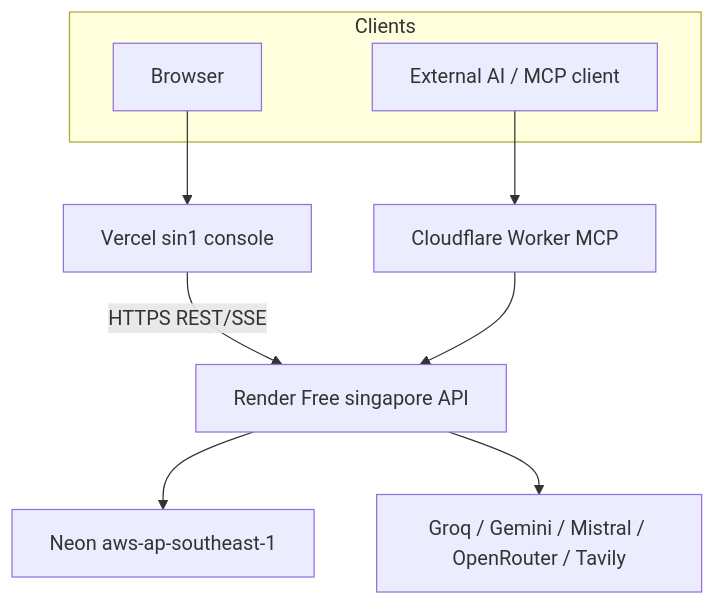
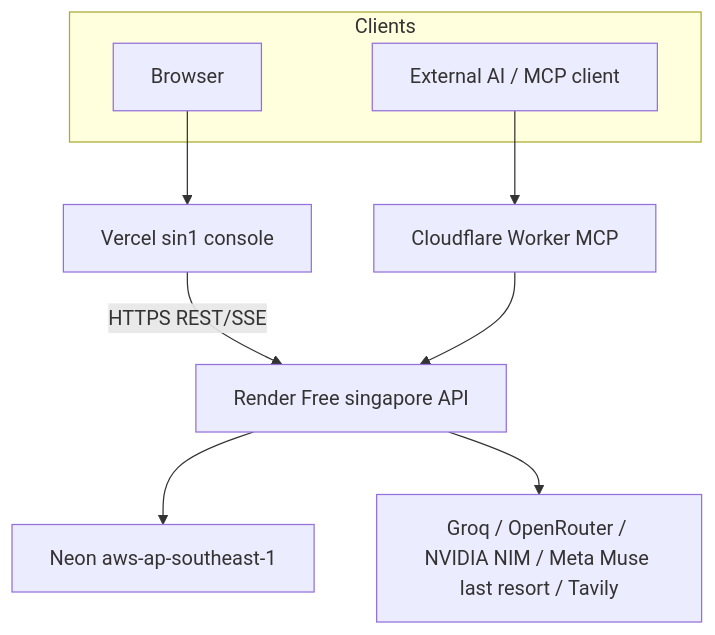
The fourth of 4 diagrams in docs/engineering-story/README.md (sumitjadhav1703/Multi_agent_research_system), drawn with Mermaid before and after one commit. The commit also changed 22 other files, not shown here.

First line of the commit message:
Drop Gemini and Mistral; route roles across Groq, OpenRouter, NVIDIA NIM.

````diff
--- a/docs/engineering-story/README.md
+++ b/docs/engineering-story/README.md
@@ -153,13 +153,13 @@
 ```mermaid
 flowchart TB
   subgraph client [Clients]
     Browser[Browser]
     ExtAI[External AI / MCP client]
   end
   Browser --> Vercel[Vercel sin1 console]
   ExtAI --> CF[Cloudflare Worker MCP]
   Vercel -->|HTTPS REST/SSE| Render[Render Free singapore API]
   CF --> Render
   Render --> NeonSG[Neon aws-ap-southeast-1]
-  Render --> Providers[Groq / Gemini / Mistral / OpenRouter / Tavily]
+  Render --> Providers[Groq / OpenRouter / NVIDIA NIM / Meta Muse last resort / Tavily]
 ```
````
